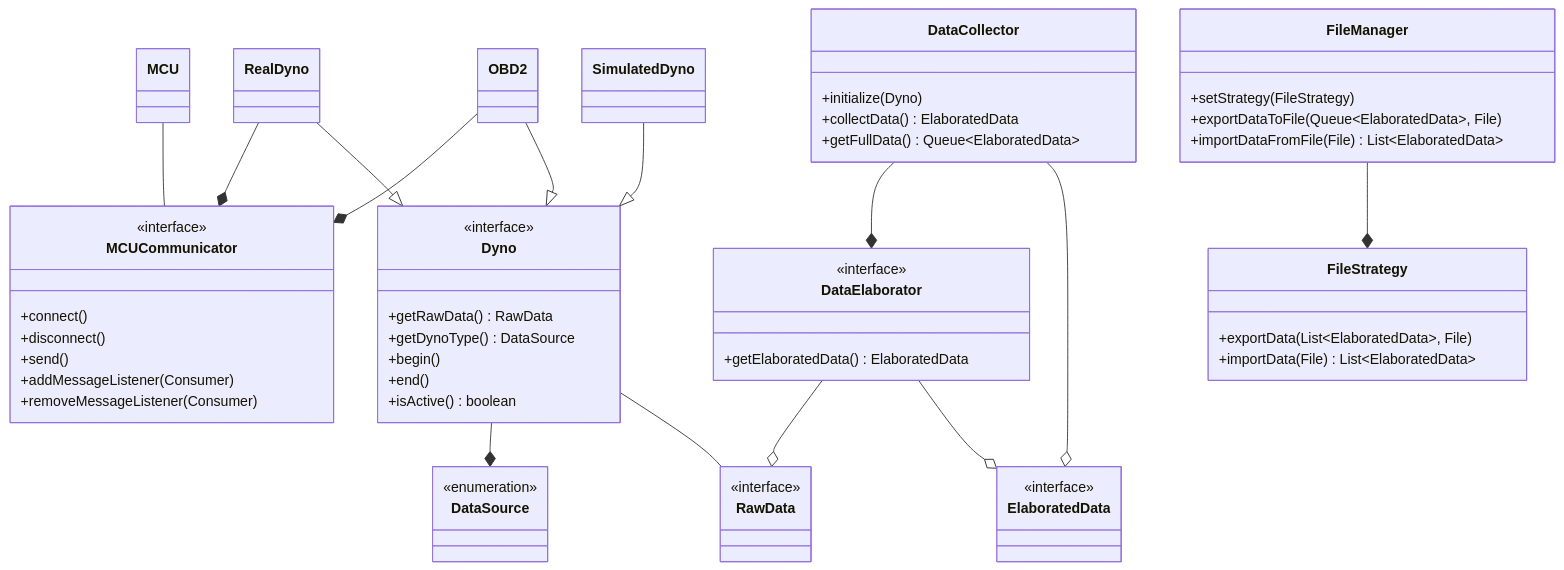
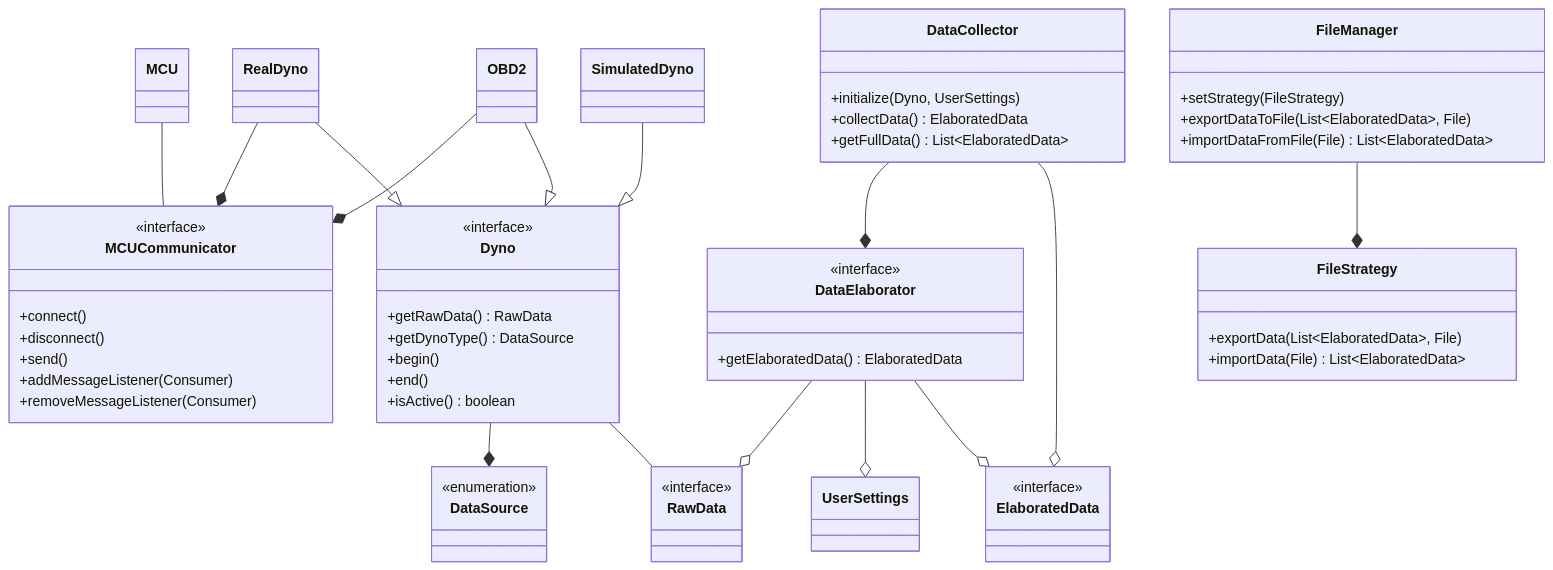
One commit to unibo-oop-projects/OOP24-Alessandro-CristoferNapolitano-SolarEgg-TodeschiMatteo-java-dyno changed the first of 10 diagrams in report.md. Above: the diagram before and after it, drawn with Mermaid. The commit also changed other lines of this file, not shown here.

Commit message:
report architecture fix

```diff
--- a/report.md
+++ b/report.md
@@ -88,6 +88,7 @@
     SimulatedDyno --|> Dyno
     Dyno -- RawData
     DataElaborator --o RawData
+    DataElaborator --o UserSettings
     DataElaborator --o ElaboratedData
     DataCollector --* DataElaborator
     DataCollector --o ElaboratedData
@@ -111,9 +112,9 @@
     }
 
     class DataCollector {
-	    +initialize(Dyno)
+	    +initialize(Dyno, UserSettings)
 	    +collectData() ElaboratedData
-	    +getFullData() Queue~ElaboratedData~
+	    +getFullData() List~ElaboratedData~
     }
 
     class DataElaborator {
@@ -122,7 +123,7 @@
 
     class FileManager {
 	    +setStrategy(FileStrategy)
-	    +exportDataToFile(Queue~ElaboratedData~, File)
+	    +exportDataToFile(List~ElaboratedData~, File)
 	    +importDataFromFile(File) List~ElaboratedData~
     }
 
@@ -152,6 +153,9 @@
     class SimulatedDyno {
     }
 
+    class UserSettings {
+    }
+
 	<<interface>> MCUCommunicator
 	<<interface>> Dyno
 	<<interface>> DataElaborator
```
